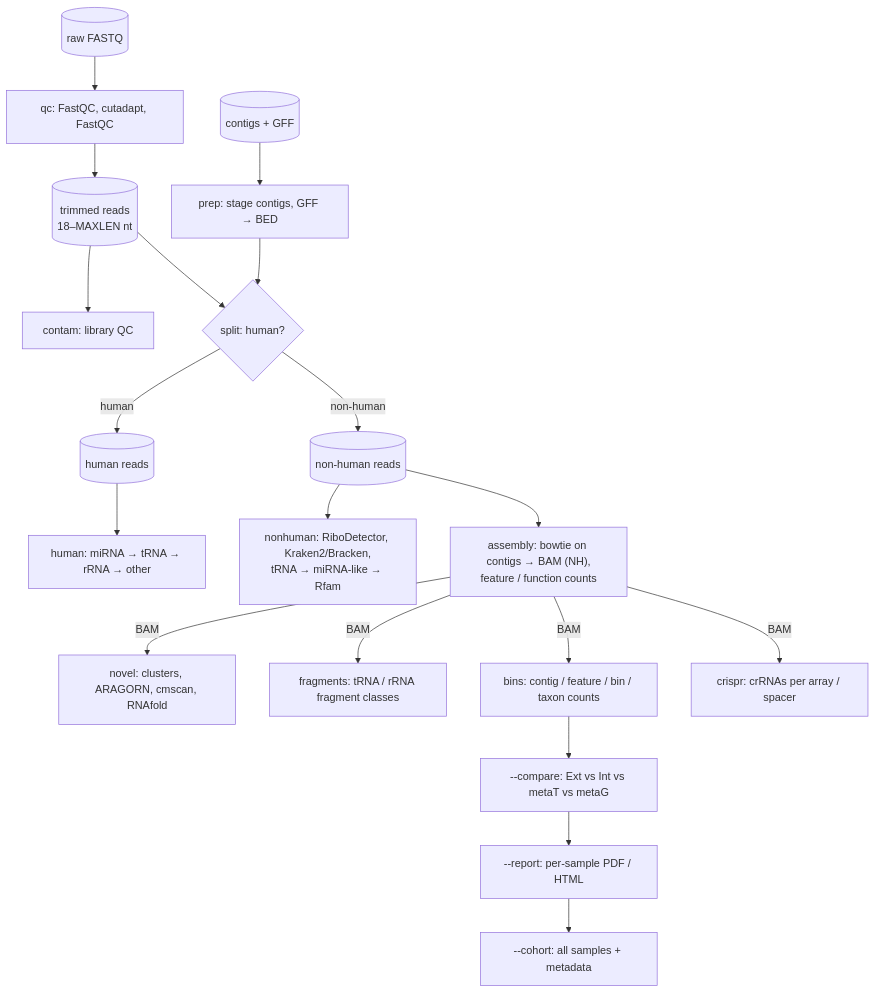
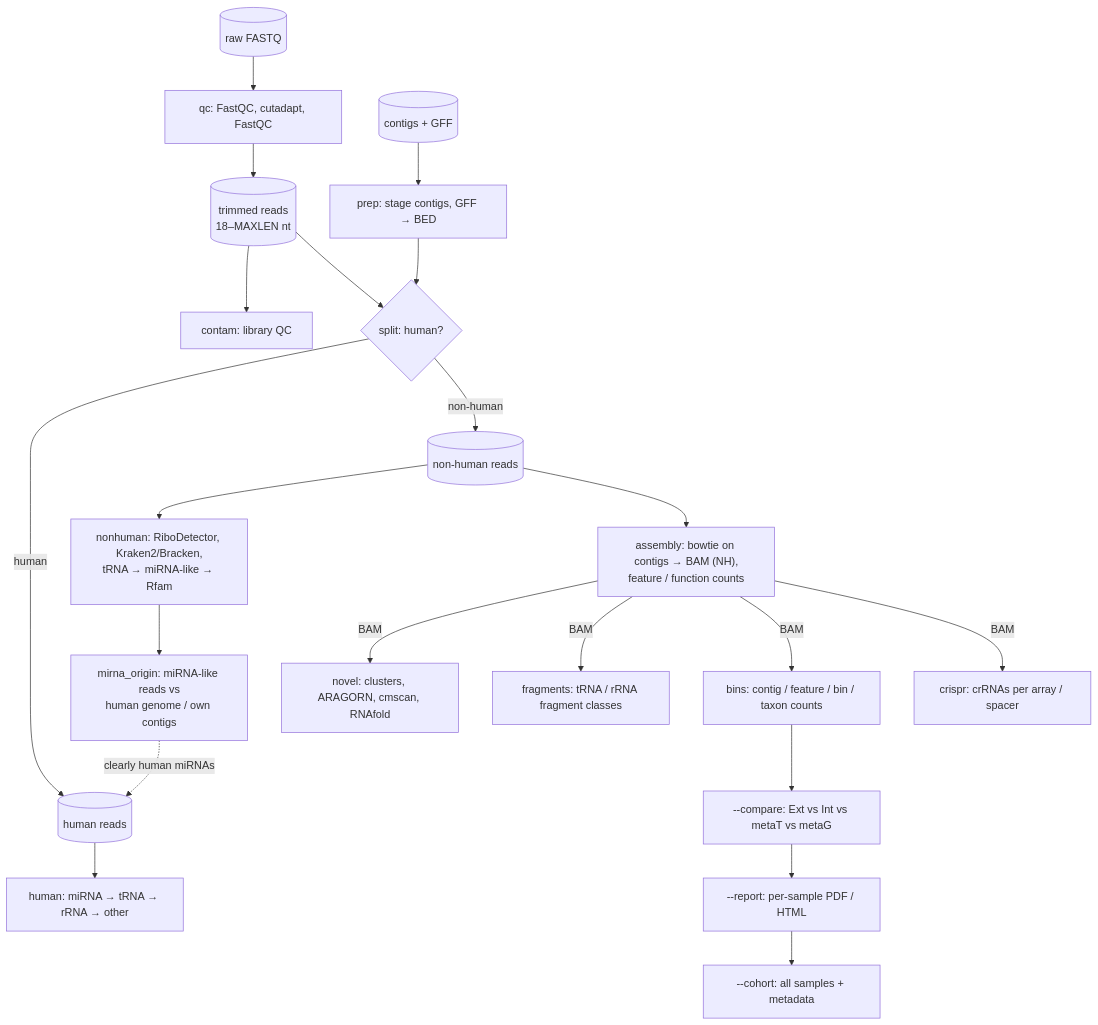
The diagram in docs/workflow.md (genomeanalysislcsb/sRNA-IMP), drawn with Mermaid before and after one commit. The commit also changed other lines of this file and 15 other files, not shown here.

````diff
--- a/docs/workflow.md
+++ b/docs/workflow.md
@@ -8,21 +8,23 @@
 ```mermaid
 flowchart TD
   raw[(raw FASTQ)] --> qc
   qc[qc: FastQC, cutadapt, FastQC] --> trimmed[(trimmed reads<br/>18–MAXLEN nt)]
   trimmed --> contam[contam: library QC]
   asm[(contigs + GFF)] --> prep[prep: stage contigs, GFF → BED]
   trimmed --> split{split: human?}
   prep --> split
   split -->|human| H[(human reads)]
   split -->|non-human| N[(non-human reads)]
   H --> human[human: miRNA → tRNA → rRNA → other]
   N --> nonhuman[nonhuman: RiboDetector, Kraken2/Bracken,<br/>tRNA → miRNA-like → Rfam]
+  nonhuman --> mirna_origin["mirna_origin: miRNA-like reads vs<br/>human genome / own contigs"]
+  mirna_origin -.->|clearly human miRNAs| H
   N --> assembly["assembly: bowtie on contigs → BAM (NH),<br/>feature / function counts"]
   assembly -->|BAM| novel[novel: clusters, ARAGORN, cmscan, RNAfold]
   assembly -->|BAM| fragments[fragments: tRNA / rRNA fragment classes]
   assembly -->|BAM| bins[bins: contig / feature / bin / taxon counts]
   assembly -->|BAM| crispr[crispr: crRNAs per array / spacer]
   bins --> compare["--compare: Ext vs Int vs metaT vs metaG"]
   compare --> report["--report: per-sample PDF / HTML"]
   report --> cohort["--cohort: all samples + metadata"]
 ```
````
